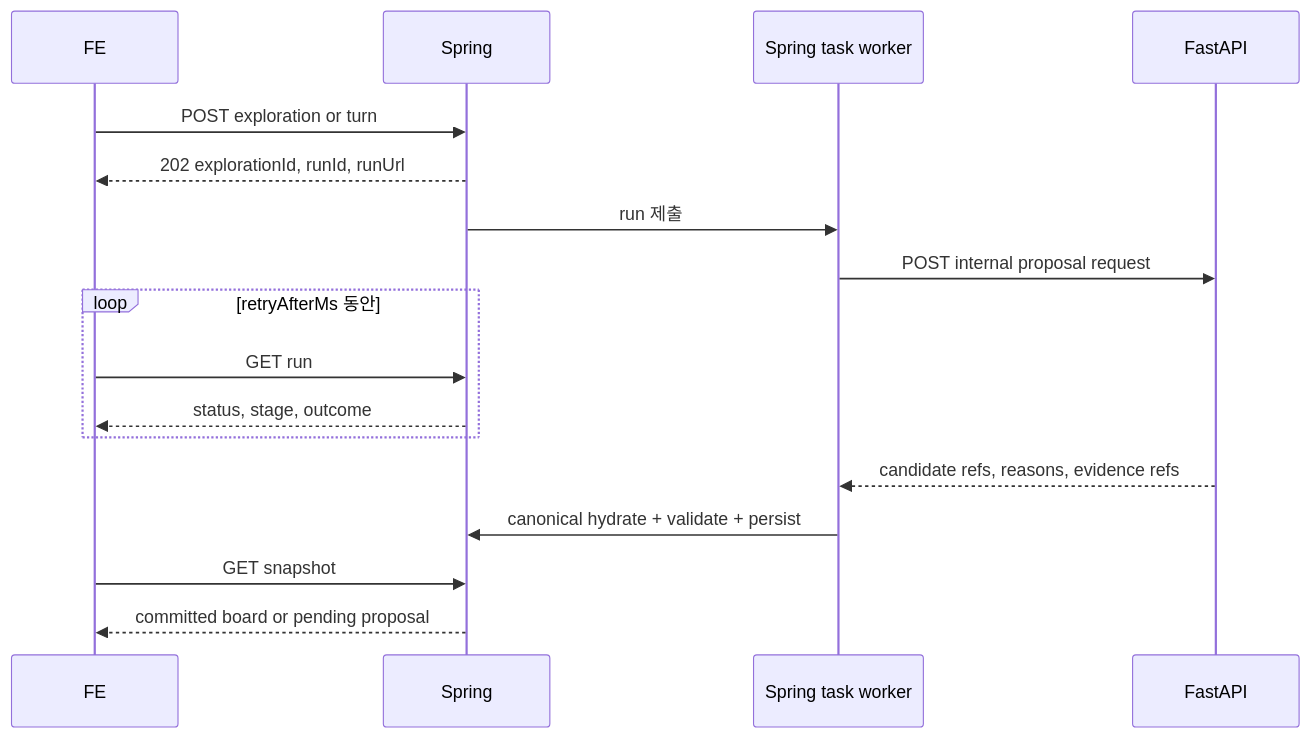
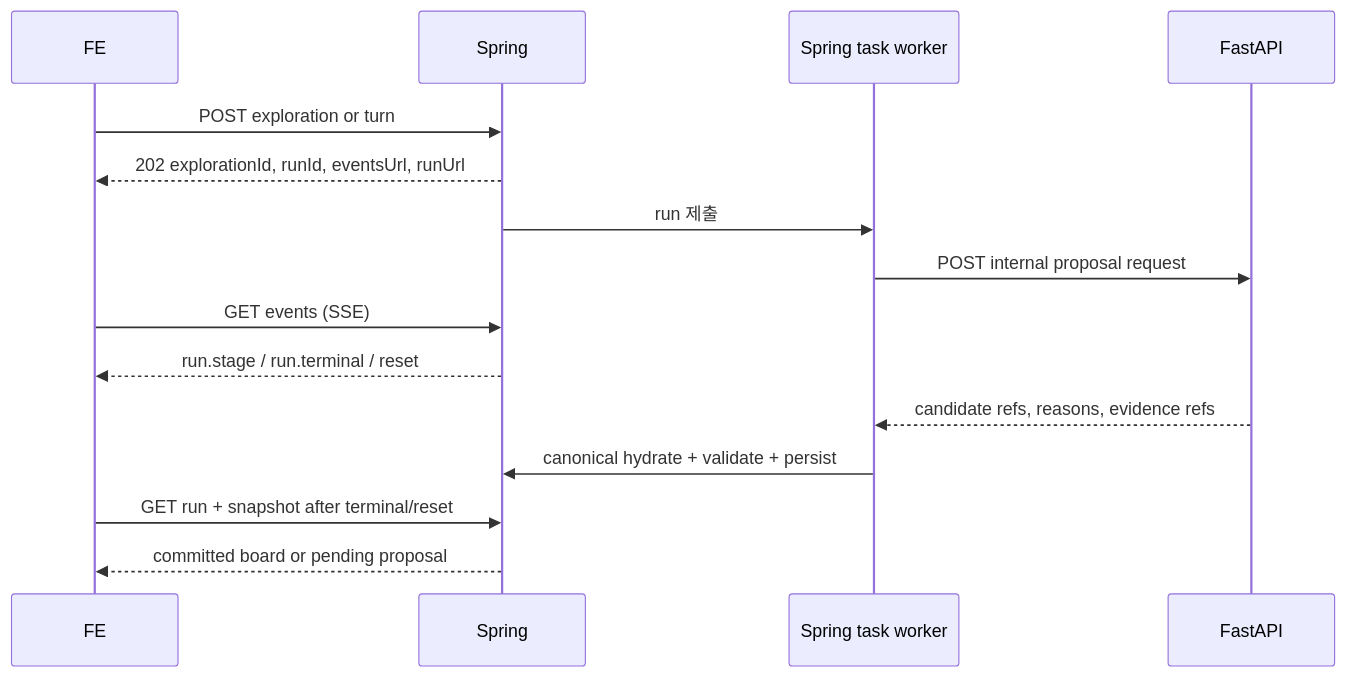
One commit to YRootLab/OnMaru-backend changed the second of 2 diagrams in docs/planning/journey-exploration/seven-day-mvp-fe-handoff.md. Above: the diagram before and after it, drawn with Mermaid. The commit also changed other lines of this file and 31 other files, not shown here.

````diff
--- a/docs/planning/journey-exploration/seven-day-mvp-fe-handoff.md
+++ b/docs/planning/journey-exploration/seven-day-mvp-fe-handoff.md
@@ -210,20 +201,18 @@
 ```mermaid
 sequenceDiagram
   participant FE
   participant Spring
   participant Worker as Spring task worker
   participant AI as FastAPI
 
   FE->>Spring: POST exploration or turn
-  Spring-->>FE: 202 explorationId, runId, runUrl
+  Spring-->>FE: 202 explorationId, runId, eventsUrl, runUrl
   Spring->>Worker: run 제출
   Worker->>AI: POST internal proposal request
-  loop retryAfterMs 동안
-    FE->>Spring: GET run
-    Spring-->>FE: status, stage, outcome
-  end
+  FE->>Spring: GET events (SSE)
+  Spring-->>FE: run.stage / run.terminal / reset
   AI-->>Worker: candidate refs, reasons, evidence refs
   Worker->>Spring: canonical hydrate + validate + persist
-  FE->>Spring: GET snapshot
+  FE->>Spring: GET run + snapshot after terminal/reset
   Spring-->>FE: committed board or pending proposal
 ```
````
